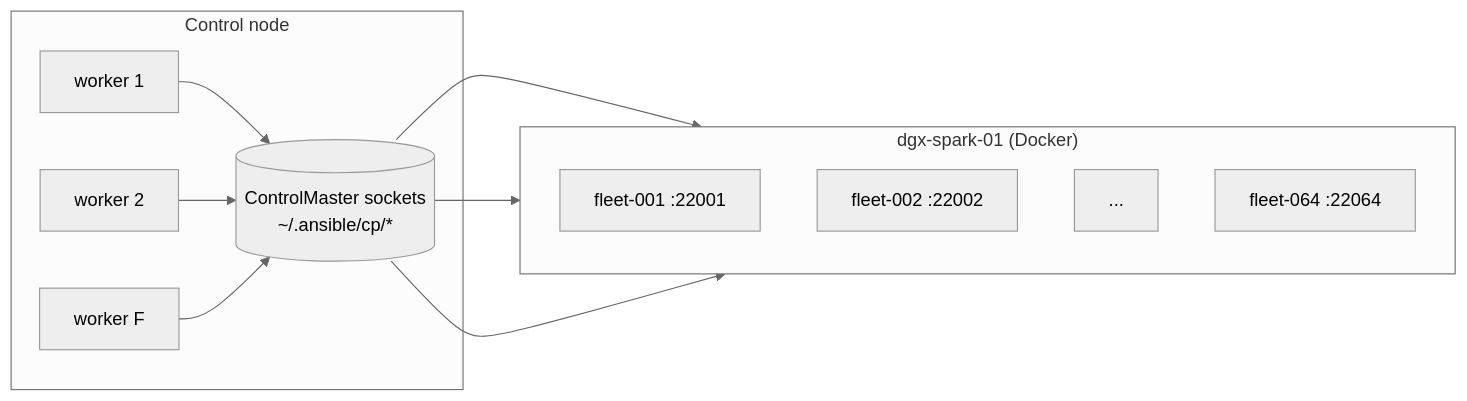
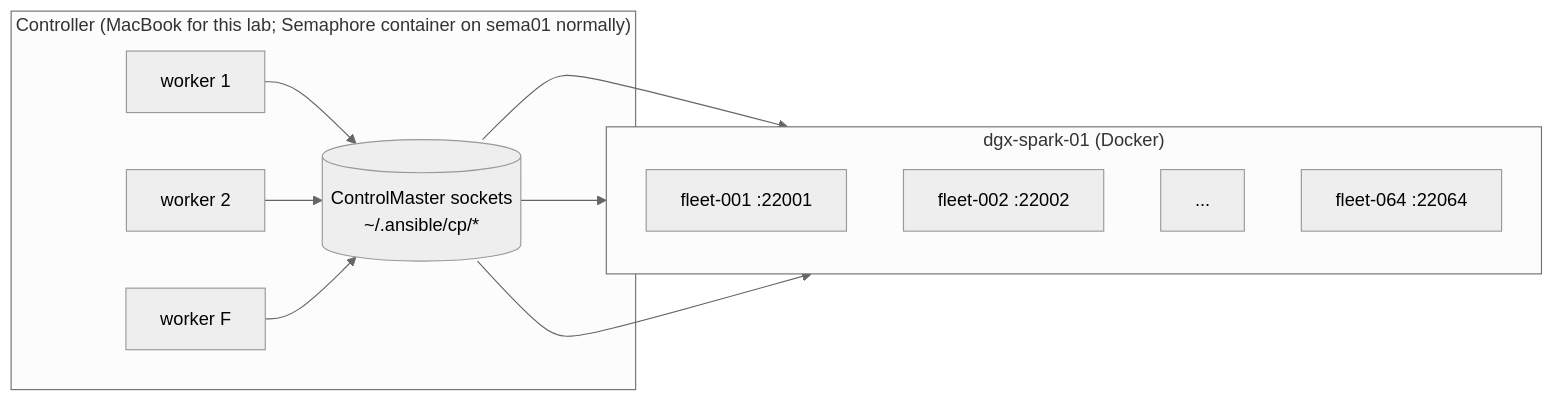
One commit to cloudone365/technical-depth changed the diagram in 01 Ansible/02-high-concurrency-tuning-mitogen-and-ssh-mux.md. Above: the diagram before and after it, drawn with Mermaid (neutral theme). The commit also changed other lines of this file and 37 other files, not shown here.

````diff
--- a/01 Ansible/02-high-concurrency-tuning-mitogen-and-ssh-mux.md
+++ b/01 Ansible/02-high-concurrency-tuning-mitogen-and-ssh-mux.md
@@ -34,14 +36,14 @@
 ```mermaid
 flowchart LR
-  subgraph CN[Control node]
+  subgraph CN["Controller (MacBook for this lab; Semaphore container on sema01 normally)"]
     W1[worker 1] & W2[worker 2] & Wn[worker F]
     CM[(ControlMaster sockets<br/>~/.ansible/cp/*)]
   end
   subgraph Spark["dgx-spark-01 (Docker)"]
     direction TB
     N1[fleet-001 :22001] & N2[fleet-002 :22002] & N3[... ] & N64[fleet-064 :22064]
   end
   W1 --> CM --> N1
   W2 --> CM --> N2
   Wn --> CM --> N64
 ```
````
